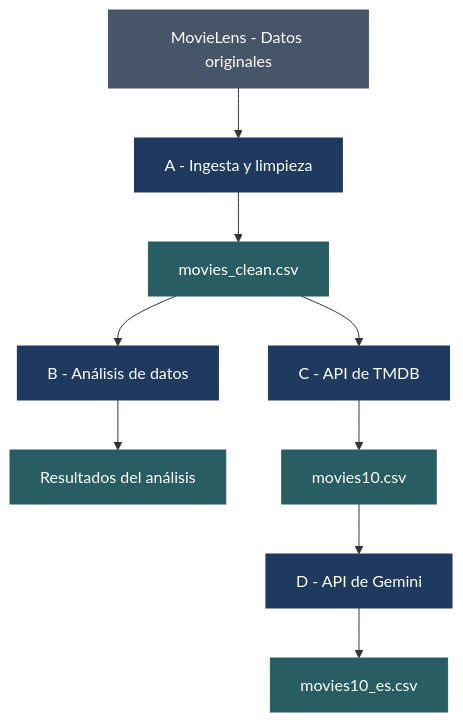
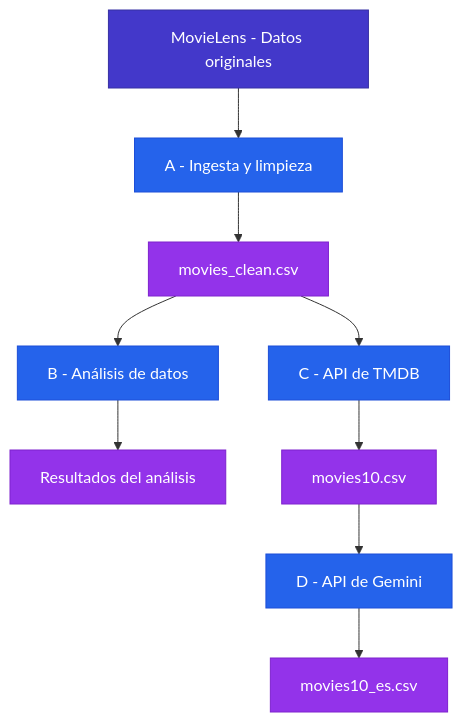
The diagram in README.md (gonzalezsimancasalicia-cell/T10_Challenge), drawn with Mermaid before and after one commit.

Commit message:
Actualizar colores del mermaid del README

````diff
--- a/README.md
+++ b/README.md
@@ -57,19 +57,19 @@
 ```mermaid
 graph TD
     A["MovieLens - Datos originales"] --> B["A - Ingesta y limpieza"]
     B --> C["movies_clean.csv"]
     C --> D["B - Análisis de datos"]
     C --> E["C - API de TMDB"]
     D --> F["Resultados del análisis"]
     E --> G["movies10.csv"]
     G --> H["D - API de Gemini"]
     H --> I["movies10_es.csv"]
 
-    classDef origen fill:#475569,stroke:#475569,color:#ffffff
-    classDef proceso fill:#1e3a5f,stroke:#1e3a5f,color:#ffffff
-    classDef resultado fill:#285e61,stroke:#285e61,color:#ffffff
+    classDef origen fill:#4338ca,stroke:#3730a3,color:#ffffff
+    classDef proceso fill:#2563eb,stroke:#1d4ed8,color:#ffffff
+    classDef resultado fill:#9333ea,stroke:#7e22ce,color:#ffffff
 
     class A origen
     class B,D,E,H proceso
     class C,F,G,I resultado
 ```
````
